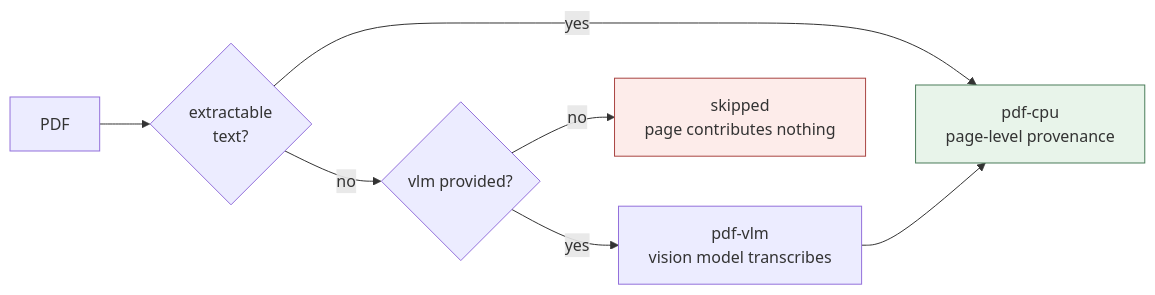
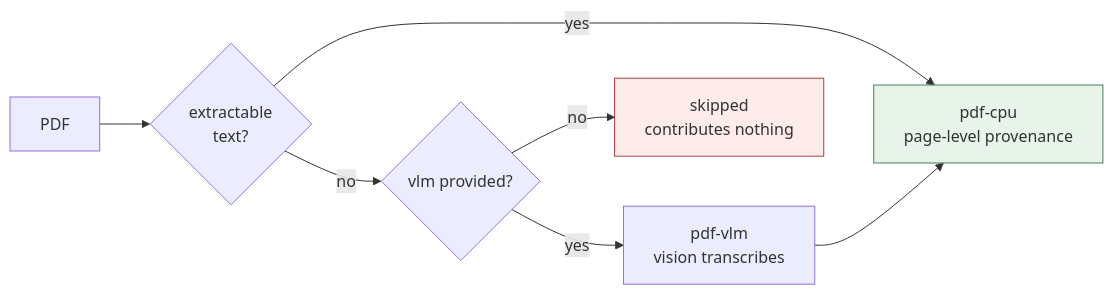
The fourth of 4 diagrams in README.md (DeepTrial/KoiosBase), drawn with Mermaid before and after one commit. The commit also changed other lines of this file and 18 other files, not shown here.

````diff
--- a/README.md
+++ b/README.md
@@ -498,11 +317,11 @@
 ```mermaid
 flowchart LR
-    P[PDF] --> C{"extractable\ntext?"}
-    C -->|yes| T["pdf-cpu\npage-level provenance"]
+    P[PDF] --> C{"extractable<br/>text?"}
+    C -->|yes| T["pdf-cpu<br/>page-level provenance"]
     C -->|no| V{"vlm provided?"}
-    V -->|no| S["skipped\npage contributes nothing"]
-    V -->|yes| M["pdf-vlm\nvision model transcribes"]
+    V -->|no| S["skipped<br/>contributes nothing"]
+    V -->|yes| M["pdf-vlm<br/>vision transcribes"]
     M --> T
     style T fill:#e8f4ea,stroke:#4a7c59
     style S fill:#fdecea,stroke:#a94442
 ```
````
